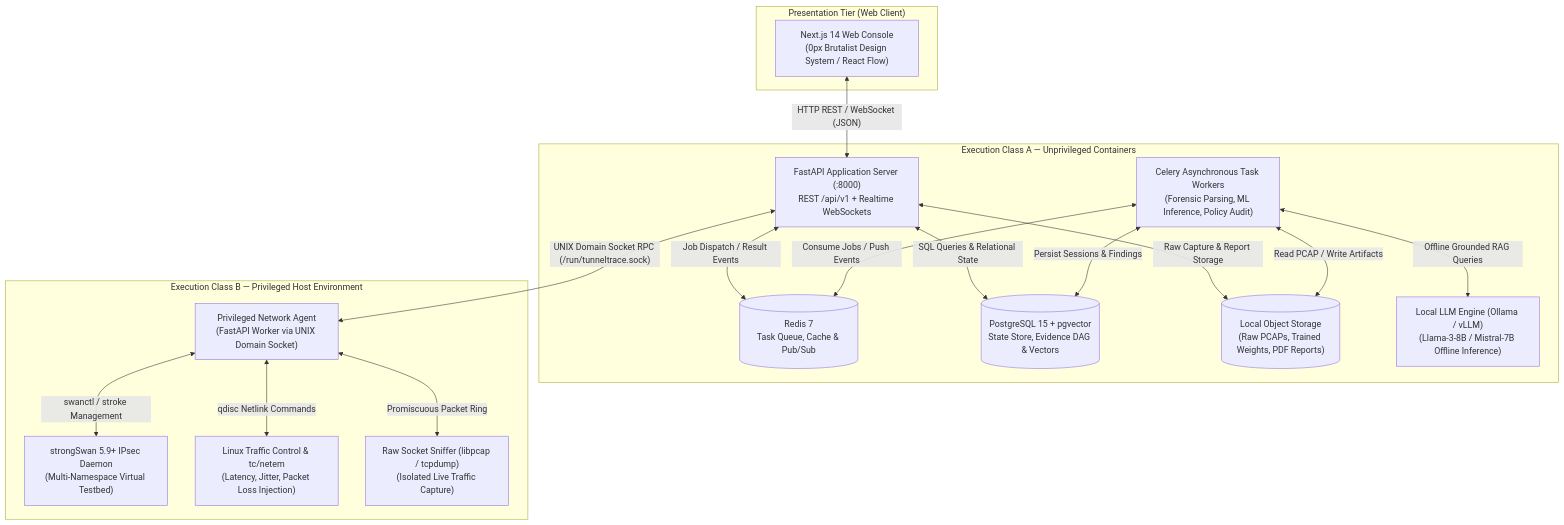
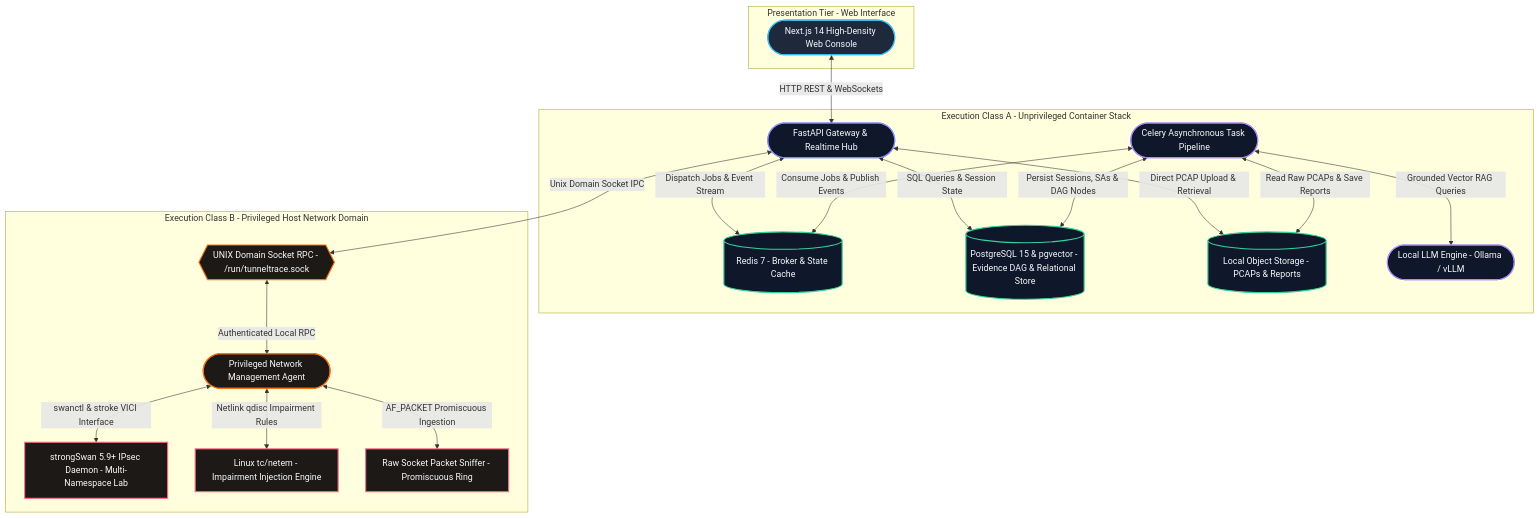
Before and after one commit to sharancode3/TunnelTrace-AI: the first of 5 diagrams in README.md, drawn with Mermaid. The commit also changed other lines of this file, not shown here.

Commit message:
docs: position core architectural blueprints upfront with formal Figure labeling, rich multi-branch topologies, and zero emojis

````diff
--- a/README.md
+++ b/README.md
@@ -163,35 +45,46 @@
 ```mermaid
 graph TD
-    subgraph ClientTier ["Presentation Tier (Web Client)"]
-        UI["Next.js 14 Web Console<br/>(0px Brutalist Design System / React Flow)"]
+    classDef client fill:#1e293b,stroke:#38bdf8,stroke-width:2px,color:#f8fafc;
+    classDef api fill:#0f172a,stroke:#818cf8,stroke-width:2px,color:#f8fafc;
+    classDef worker fill:#0f172a,stroke:#a78bfa,stroke-width:2px,color:#f8fafc;
+    classDef storage fill:#0f172a,stroke:#34d399,stroke-width:2px,color:#f8fafc;
+    classDef agent fill:#1c1917,stroke:#f97316,stroke-width:2px,color:#f8fafc;
+    classDef network fill:#1c1917,stroke:#fb7185,stroke-width:2px,color:#f8fafc;
+
+    subgraph Tier_Client [Presentation Tier - Web Interface]
+        UI([Next.js 14 High-Density Web Console]):::client
     end
 
-    subgraph ClassA ["Execution Class A — Unprivileged Containers"]
-        API["FastAPI Application Server (:8000)<br/>REST /api/v1 + Realtime WebSockets"]
-        CELERY["Celery Asynchronous Task Workers<br/>(Forensic Parsing, ML Inference, Policy Audit)"]
-        REDIS[("Redis 7<br/>Task Queue, Cache & Pub/Sub")]
-        POSTGRES[("PostgreSQL 15 + pgvector<br/>State Store, Evidence DAG & Vectors")]
-        STORAGE[("Local Object Storage<br/>(Raw PCAPs, Trained Weights, PDF Reports)")]
-        LOCAL_LLM["Local LLM Engine (Ollama / vLLM)<br/>(Llama-3-8B / Mistral-7B Offline Inference)"]
+    subgraph Tier_ClassA [Execution Class A - Unprivileged Container Stack]
+        API([FastAPI Gateway & Realtime Hub]):::api
+        CELERY([Celery Asynchronous Task Pipeline]):::worker
+        REDIS[(Redis 7 - Broker & State Cache)]:::storage
+        POSTGRES[(PostgreSQL 15 & pgvector - Evidence DAG & Relational Store)]:::storage
+        MINIO[(Local Object Storage - PCAPs & Reports)]:::storage
+        LLM([Local LLM Engine - Ollama / vLLM]):::worker
     end
 
-    subgraph ClassB ["Execution Class B — Privileged Host Environment"]
-        AGENT["Privileged Network Agent<br/>(FastAPI Worker via UNIX Domain Socket)"]
-        SWAN["strongSwan 5.9+ IPsec Daemon<br/>(Multi-Namespace Virtual Testbed)"]
-        NETEM["Linux Traffic Control & tc/netem<br/>(Latency, Jitter, Packet Loss Injection)"]
-        SNIFF["Raw Socket Sniffer (libpcap / tcpdump)<br/>(Isolated Live Traffic Capture)"]
+    subgraph Tier_ClassB [Execution Class B - Privileged Host Network Domain]
+        SOCK{{UNIX Domain Socket RPC - /run/tunneltrace.sock}}:::agent
+        AGENT([Privileged Network Management Agent]):::agent
+        SWAN[strongSwan 5.9+ IPsec Daemon - Multi-Namespace Lab]:::network
+        NETEM[Linux tc/netem - Impairment Injection Engine]:::network
+        SNIFF[Raw Socket Packet Sniffer - Promiscuous Ring]:::network
     end
 
-    UI <-->|"HTTP REST / WebSocket (JSON)"| API
-    API <-->|"Job Dispatch / Result Events"| REDIS
-    API <-->|"SQL Queries & Relational State"| POSTGRES
-    API <-->|"Raw Capture & Report Storage"| STORAGE
-    CELERY <-->|"Consume Jobs / Push Events"| REDIS
-    CELERY <-->|"Persist Sessions & Findings"| POSTGRES
-    CELERY <-->|"Read PCAP / Write Artifacts"| STORAGE
-    CELERY <-->|"Offline Grounded RAG Queries"| LOCAL_LLM
-    API <-->|"UNIX Domain Socket RPC (/run/tunneltrace.sock)"| AGENT
-    AGENT <-->|"swanctl / stroke Management"| SWAN
-    AGENT <-->|"qdisc Netlink Commands"| NETEM
-    AGENT <-->|"Promiscuous Packet Ring"| SNIFF
+    UI <-->|HTTP REST & WebSockets| API
+    API <-->|Dispatch Jobs & Event Stream| REDIS
+    API <-->|SQL Queries & Session State| POSTGRES
+    API <-->|Direct PCAP Upload & Retrieval| MINIO
+    API <-->|Unix Domain Socket IPC| SOCK
+    SOCK <-->|Authenticated Local RPC| AGENT
+
+    CELERY <-->|Consume Jobs & Publish Events| REDIS
+    CELERY <-->|Persist Sessions, SAs & DAG Nodes| POSTGRES
+    CELERY <-->|Read Raw PCAPs & Save Reports| MINIO
+    CELERY <-->|Grounded Vector RAG Queries| LLM
+
+    AGENT <-->|swanctl & stroke VICI Interface| SWAN
+    AGENT <-->|Netlink qdisc Impairment Rules| NETEM
+    AGENT <-->|AF_PACKET Promiscuous Ingestion| SNIFF
 ```
````
